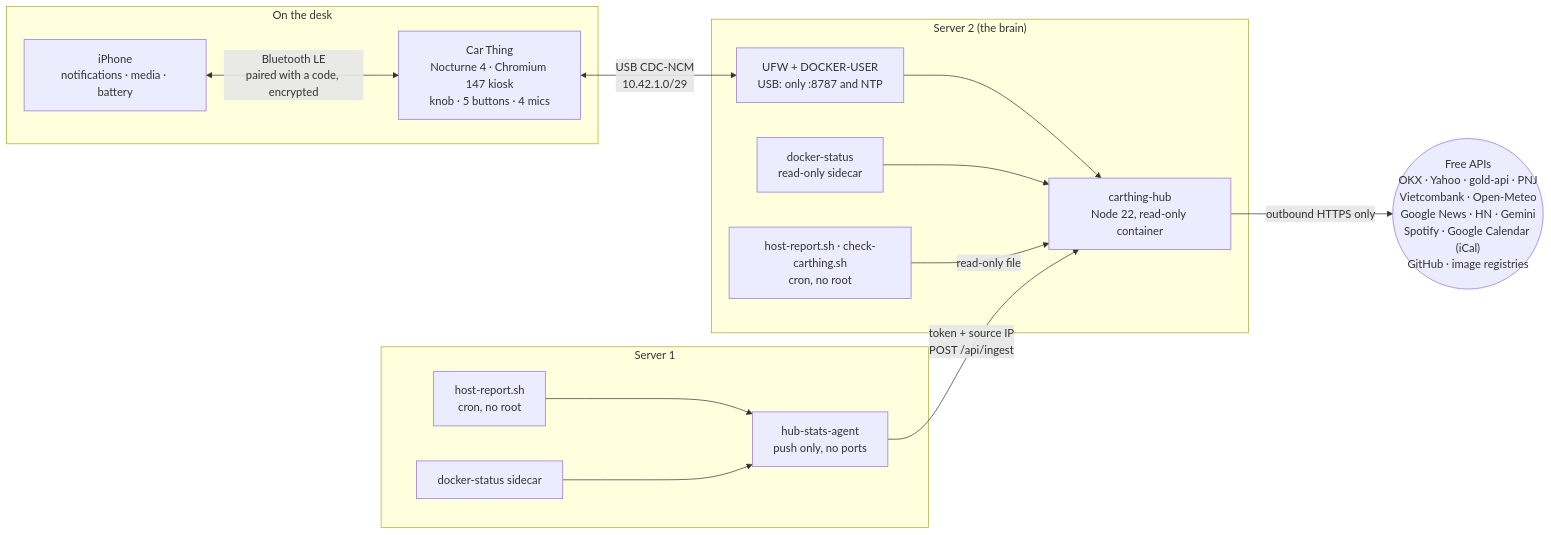
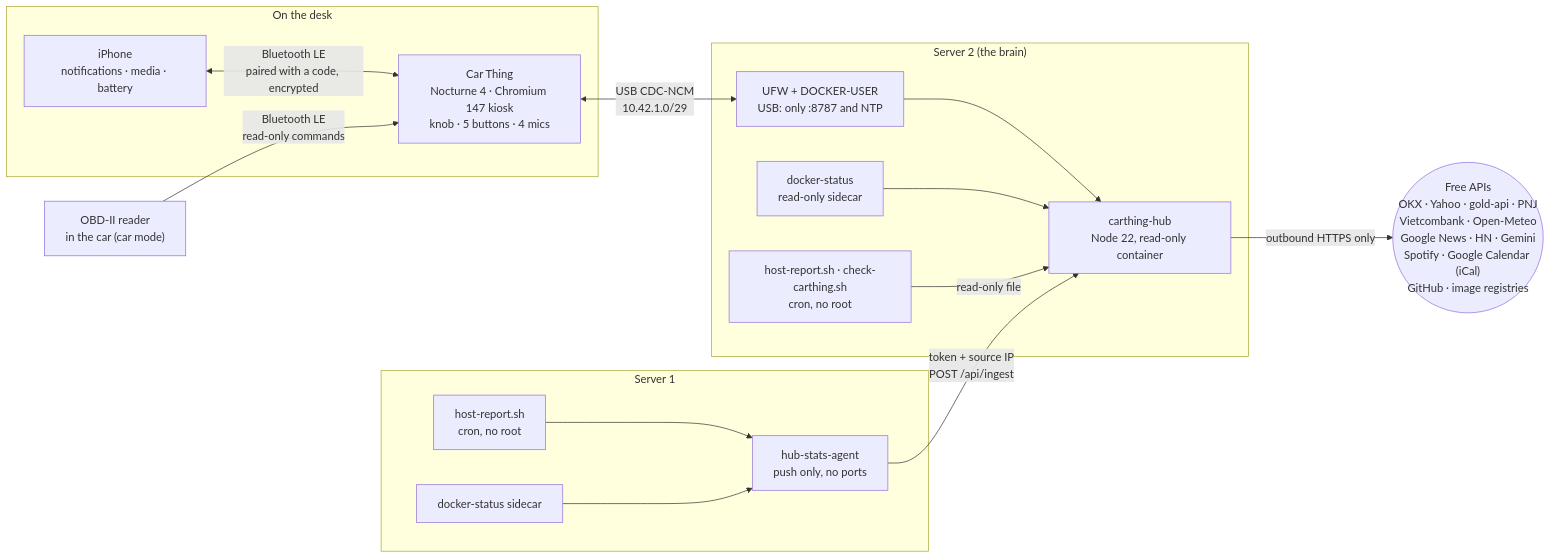
Before and after one commit to nhaajtt/carthing-desk-hub: the diagram in README.md, drawn with Mermaid. The commit also changed other lines of this file and 19 other files, not shown here.

Commit message:
Car page: live data and fault codes from a Bluetooth OBD-II reader, read-only; docs, devlog and project close-out

````diff
--- a/README.md
+++ b/README.md
@@ -114,27 +119,28 @@
 ```mermaid
 flowchart LR
   subgraph desk["On the desk"]
     CT["Car Thing<br/>Nocturne 4 · Chromium 147 kiosk<br/>knob · 5 buttons · 4 mics"]
     IP["iPhone<br/>notifications · media · battery"]
     IP <-- "Bluetooth LE<br/>paired with a code, encrypted" --> CT
   end
+  OBD["OBD-II reader<br/>in the car (car mode)"] -- "Bluetooth LE<br/>read-only commands" --> CT
   subgraph s2["Server 2 (the brain)"]
     HUB["carthing-hub<br/>Node 22, read-only container"]
     DS2["docker-status<br/>read-only sidecar"]
     HR2["host-report.sh · check-carthing.sh<br/>cron, no root"]
     FW["UFW + DOCKER-USER<br/>USB: only :8787 and NTP"]
   end
   subgraph s1["Server 1"]
     AG["hub-stats-agent<br/>push only, no ports"]
     DS1["docker-status sidecar"]
     HR1["host-report.sh<br/>cron, no root"]
   end
   NET(("Free APIs<br/>OKX · Yahoo · gold-api · PNJ<br/>Vietcombank · Open-Meteo<br/>Google News · HN · Gemini<br/>Spotify · Google Calendar (iCal)<br/>GitHub · image registries"))
 
   CT <-- "USB CDC-NCM<br/>10.42.1.0/29" --> FW --> HUB
   DS2 --> HUB
   HR2 -- "read-only file" --> HUB
   HR1 --> AG
   DS1 --> AG -- "token + source IP<br/>POST /api/ingest" --> HUB
   HUB -- "outbound HTTPS only" --> NET
 ```
````
